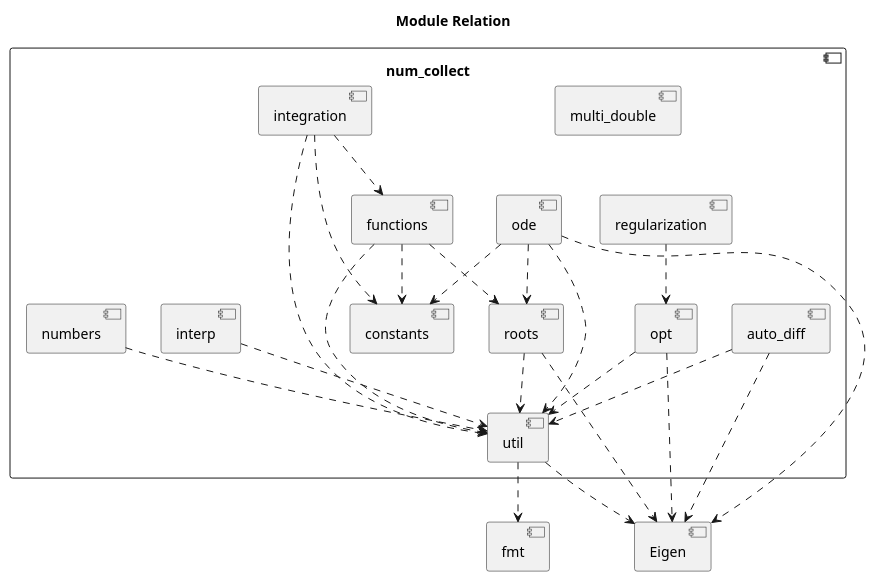
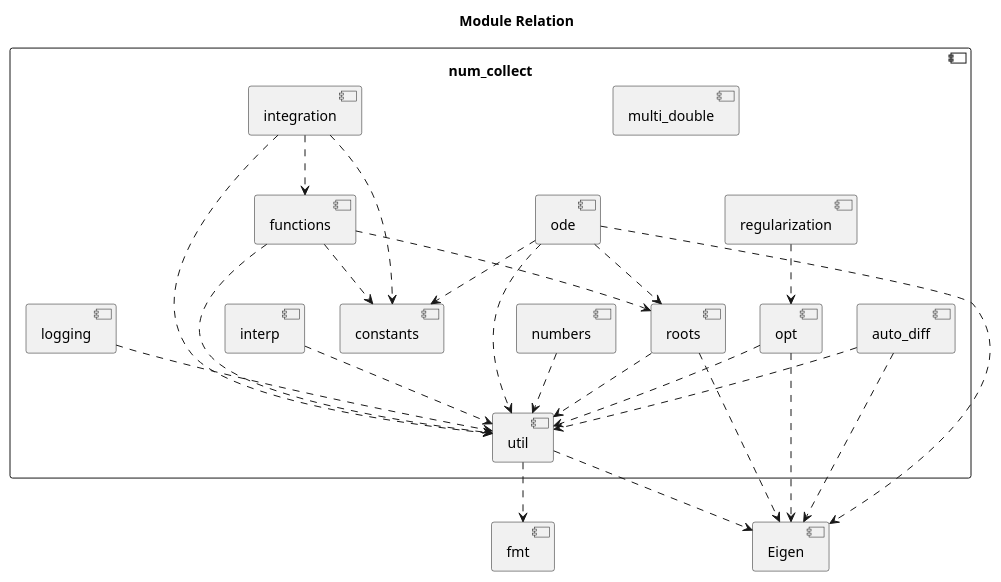
Before and after one commit to MusicScience37/numerical-collection-cpp: the diagram in doc/sphinx/src/modules.rst, drawn with PlantUML. The commit also changed 3 other files, not shown here.

```diff
--- a/doc/sphinx/src/modules.rst
+++ b/doc/sphinx/src/modules.rst
@@ -4,53 +4,56 @@
 .. uml::
 
     title Module Relation
 
     component fmt
     component Eigen
 
     component num_collect {
         component util
         util ..> fmt
         util ..> Eigen
+
+        component logging
+        logging ..> util
 
         component auto_diff
         auto_diff ..> util
         auto_diff ..> Eigen
 
         component opt
         opt ..> util
         opt ..> Eigen
 
         component regularization
         regularization ..> opt
 
         component interp
         interp ..> util
 
         component numbers
         numbers ..> util
 
         component multi_double
 
         component constants
 
         component roots
         roots ..> util
         roots ..> Eigen
 
         component functions
         functions ..> util
         functions ..> constants
         functions ..> roots
 
         component integration
         integration ..> util
         integration ..> constants
         integration ..> functions
 
         component ode
         ode ..> util
         ode ..> constants
         ode ..> roots
         ode ..> Eigen
     }
```
